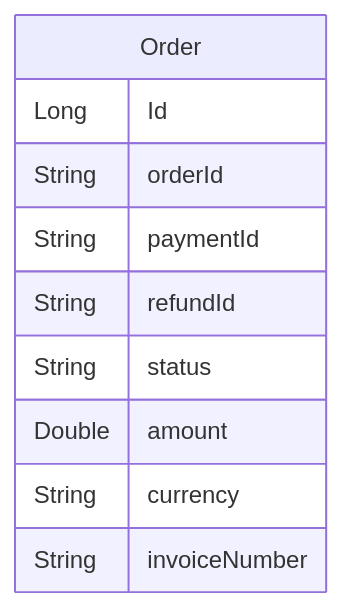
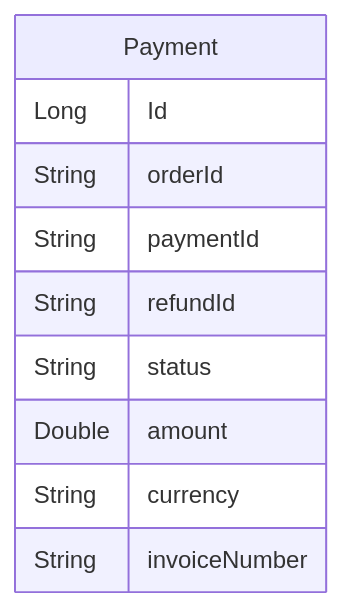
The diagram in SchemaDesign/PaymentManagement.mmd (goelvinay5/WoolfProjectDocumentation), drawn with Mermaid before and after one commit. The commit also changed 2 other files, not shown here.

```diff
--- a/SchemaDesign/PaymentManagement.mmd
+++ b/SchemaDesign/PaymentManagement.mmd
@@ -1,11 +1,11 @@
 erDiagram
-    Order {
+    Payment {
         Long Id
         String orderId
         String paymentId
         String refundId
         String status
         Double amount
         String currency
         String invoiceNumber        
     }
```
